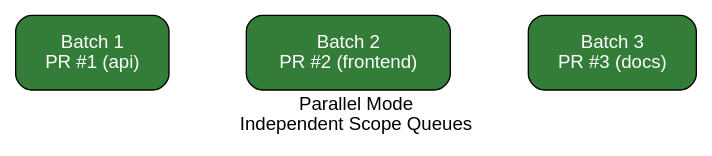
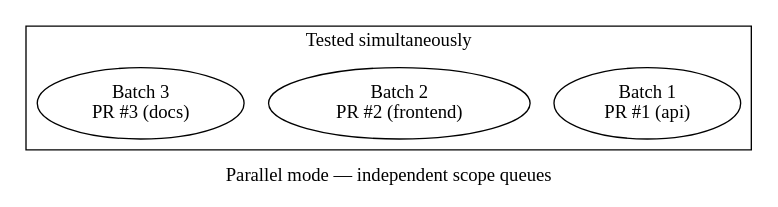
The second of 5 diagrams in src/content/docs/merge-queue/queue-modes.mdx (Mergifyio/docs), drawn with Graphviz before and after one commit. The commit also changed other lines of this file and 20 other files, not shown here.

````diff
--- a/src/content/docs/merge-queue/queue-modes.mdx
+++ b/src/content/docs/merge-queue/queue-modes.mdx
@@ -96,26 +87,15 @@
-```dot class="graph"
-strict digraph {
-  fontname="sans-serif";
-  rankdir="TB";
-  label="Parallel Mode\nIndependent Scope Queues";
-  nodesep=0.8;
-  ranksep=0.6;
-
-  node [shape=box, style="rounded,filled", fontcolor="white", fontname="sans-serif", margin="0.3,0.18"];
+```dot class="flow"
+digraph {
+  label="Parallel mode — independent scope queues";
   edge [style=invis];
 
   subgraph cluster_running {
-    style="rounded,filled";
-    fillcolor="#1CB893";
-    color="#1CB893";
-    fontcolor="#000000";
+    class="batch";
     label="Tested simultaneously";
-
-    PR1 [label="Batch 1\nPR #1 (api)", fillcolor="#347D39"];
-    PR2 [label="Batch 2\nPR #2 (frontend)", fillcolor="#347D39"];
-    PR3 [label="Batch 3\nPR #3 (docs)", fillcolor="#347D39"];
+    PR1 [label="Batch 1\nPR #1 (api)", class="pending"];
+    PR2 [label="Batch 2\nPR #2 (frontend)", class="pending"];
+    PR3 [label="Batch 3\nPR #3 (docs)", class="pending"];
+    { rank=same; PR1; PR2; PR3; }
   }
-
-  { rank=same; PR1; PR2; PR3; }
 }
 ```
````
